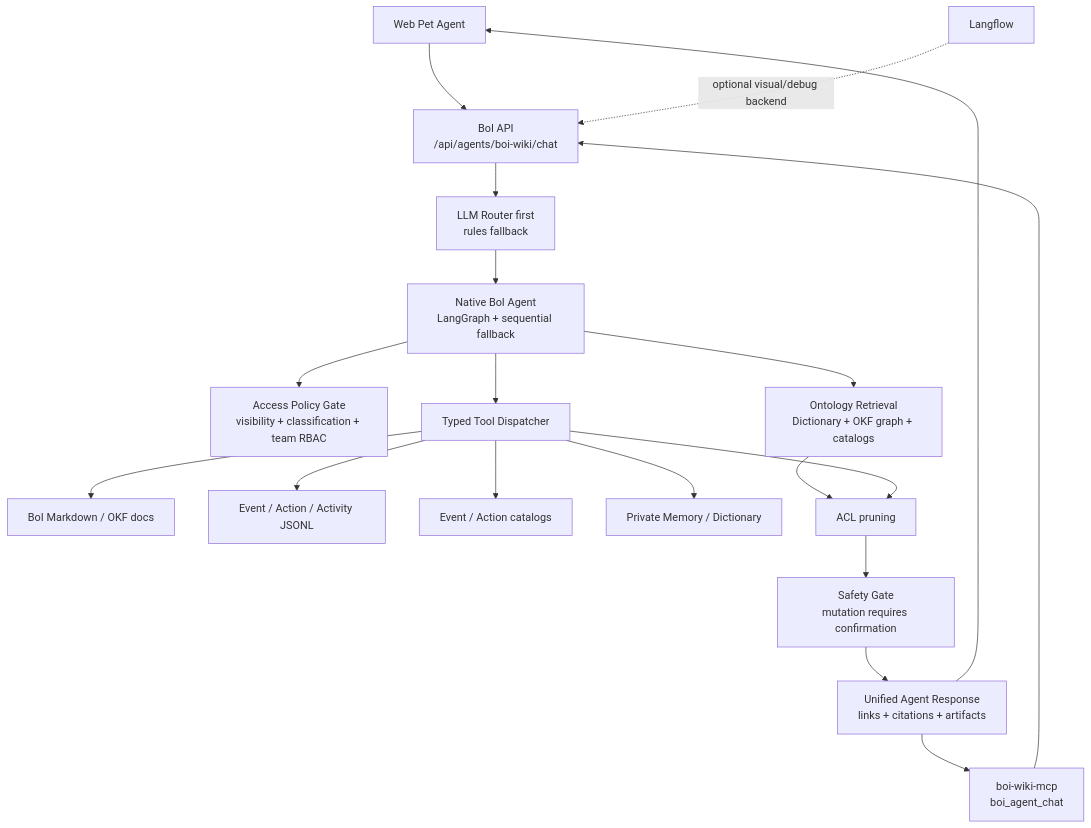
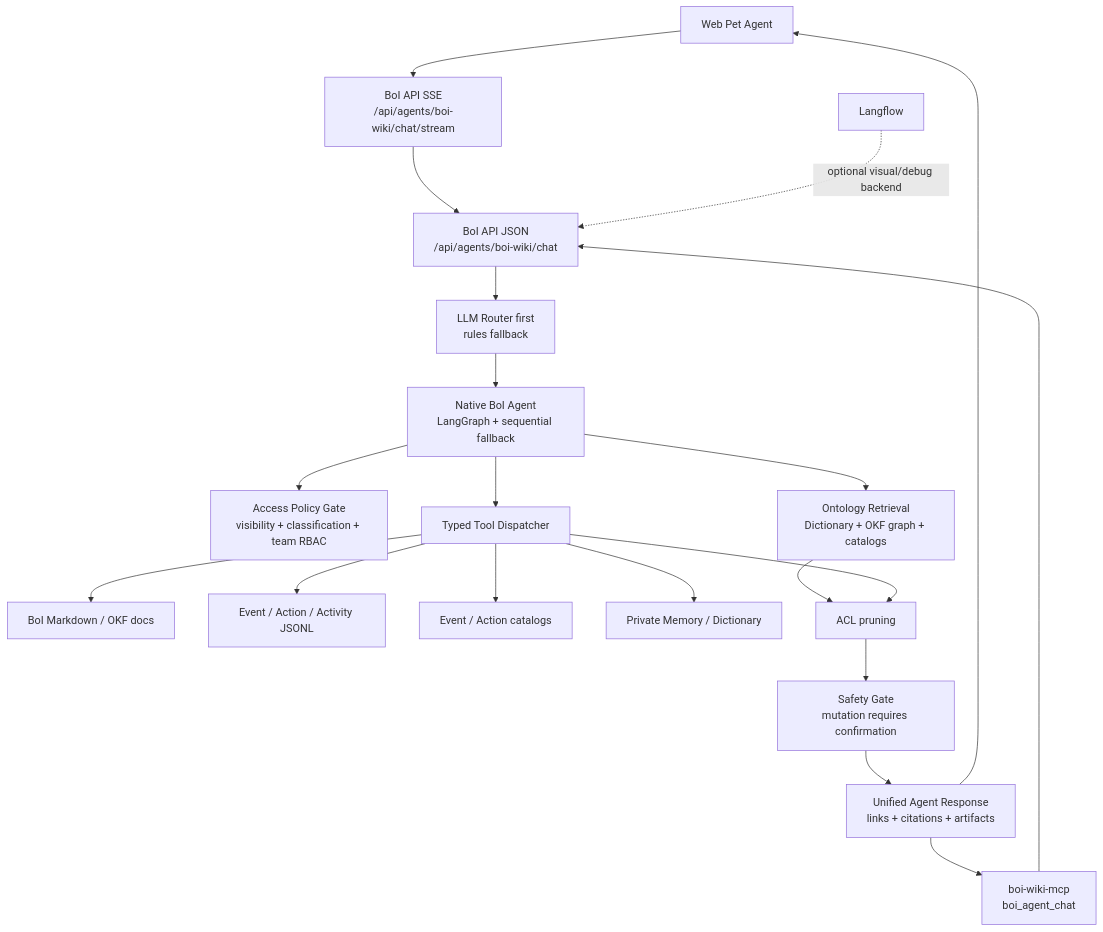
The first of 2 diagrams in data/boi/public/boi-wiki-manual/agent/native-boi-agent-architecture.md (chokukil/boi-wiki), drawn with Mermaid before and after one commit. The commit also changed other lines of this file and 4 other files, not shown here.

````diff
--- a/data/boi/public/boi-wiki-manual/agent/native-boi-agent-architecture.md
+++ b/data/boi/public/boi-wiki-manual/agent/native-boi-agent-architecture.md
@@ -36,21 +36,22 @@
 ```mermaid
 flowchart TD
-  UI["Web Pet Agent"] --> API["BoI API<br/>/api/agents/boi-wiki/chat"]
+  UI["Web Pet Agent"] --> STREAM["BoI API SSE<br/>/api/agents/boi-wiki/chat/stream"]
   MCP["boi-wiki-mcp<br/>boi_agent_chat"] --> API
+  STREAM --> API["BoI API JSON<br/>/api/agents/boi-wiki/chat"]
   API --> ROUTER["LLM Router first<br/>rules fallback"]
   ROUTER --> AGENT["Native BoI Agent<br/>LangGraph + sequential fallback"]
   AGENT --> ACL["Access Policy Gate<br/>visibility + classification + team RBAC"]
   AGENT --> RET["Ontology Retrieval<br/>Dictionary + OKF graph + catalogs"]
   AGENT --> TOOLS["Typed Tool Dispatcher"]
   TOOLS --> DOCS["BoI Markdown / OKF docs"]
   TOOLS --> LOGS["Event / Action / Activity JSONL"]
   TOOLS --> CAT["Event / Action catalogs"]
   TOOLS --> MEM["Private Memory / Dictionary"]
   RET --> ACL2["ACL pruning"]
   TOOLS --> ACL2
   ACL2 --> SAFE["Safety Gate<br/>mutation requires confirmation"]
   SAFE --> OUT["Unified Agent Response<br/>links + citations + artifacts"]
   OUT --> UI
   OUT --> MCP
   LF["Langflow"] -. "optional visual/debug backend" .-> API
 ```
````
